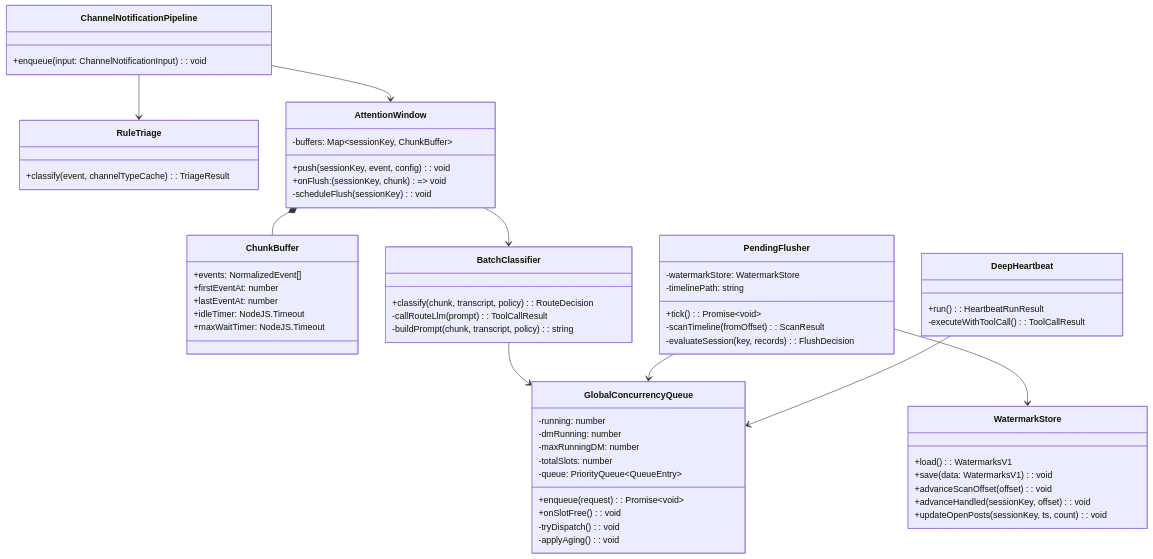
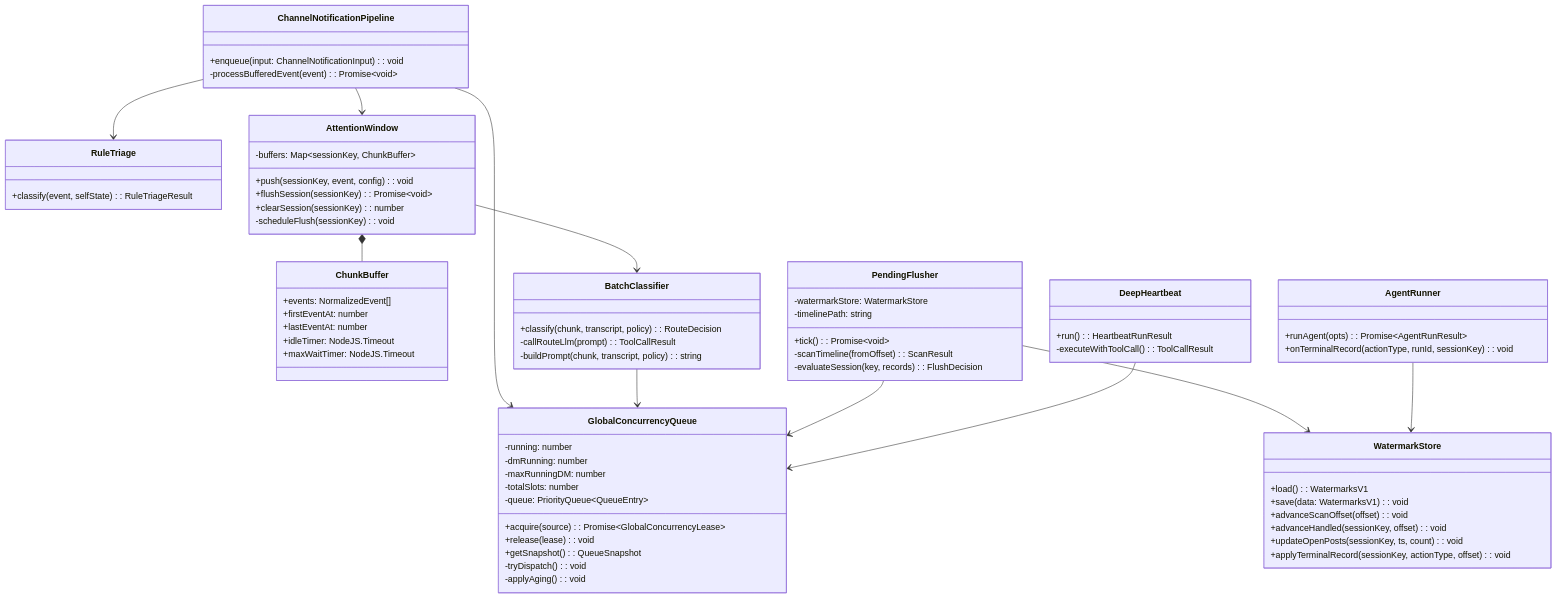
Before and after one commit to masahide/adjutant: the first of 2 diagrams in doc/plan/260222-s03-routing-pipeline-v1.5.md, drawn with Mermaid. The commit also changed other lines of this file and 41 other files, not shown here.

````diff
--- a/doc/plan/260222-s03-routing-pipeline-v1.5.md
+++ b/doc/plan/260222-s03-routing-pipeline-v1.5.md
@@ -348,16 +357,18 @@
 classDiagram
   class ChannelNotificationPipeline {
     +enqueue(input: ChannelNotificationInput): void
+    -processBufferedEvent(event): Promise~void~
   }
 
   class RuleTriage {
-    +classify(event, channelTypeCache): TriageResult
+    +classify(event, selfState): RuleTriageResult
   }
 
   class AttentionWindow {
     -buffers: Map~sessionKey, ChunkBuffer~
     +push(sessionKey, event, config): void
-    +onFlush: (sessionKey, chunk) => void
+    +flushSession(sessionKey): Promise~void~
+    +clearSession(sessionKey): number
     -scheduleFlush(sessionKey): void
   }
 
@@ -381,8 +392,9 @@
     -maxRunningDM: number
     -totalSlots: number
     -queue: PriorityQueue~QueueEntry~
-    +enqueue(request): Promise~void~
-    +onSlotFree(): void
+    +acquire(source): Promise~GlobalConcurrencyLease~
+    +release(lease): void
+    +getSnapshot(): QueueSnapshot
     -tryDispatch(): void
     -applyAging(): void
   }
@@ -401,6 +413,7 @@
     +advanceScanOffset(offset): void
     +advanceHandled(sessionKey, offset): void
     +updateOpenPosts(sessionKey, ts, count): void
+    +applyTerminalRecord(sessionKey, actionType, offset): void
   }
 
   class DeepHeartbeat {
@@ -408,12 +421,19 @@
     -executeWithToolCall(): ToolCallResult
   }
 
+  class AgentRunner {
+    +runAgent(opts): Promise~AgentRunResult~
+    +onTerminalRecord(actionType, runId, sessionKey): void
+  }
+
   ChannelNotificationPipeline --> RuleTriage
   ChannelNotificationPipeline --> AttentionWindow
+  ChannelNotificationPipeline --> GlobalConcurrencyQueue
   AttentionWindow --> BatchClassifier
   BatchClassifier --> GlobalConcurrencyQueue
   PendingFlusher --> WatermarkStore
   PendingFlusher --> GlobalConcurrencyQueue
   DeepHeartbeat --> GlobalConcurrencyQueue
+  AgentRunner --> WatermarkStore
   AttentionWindow *-- ChunkBuffer
 ```
````
